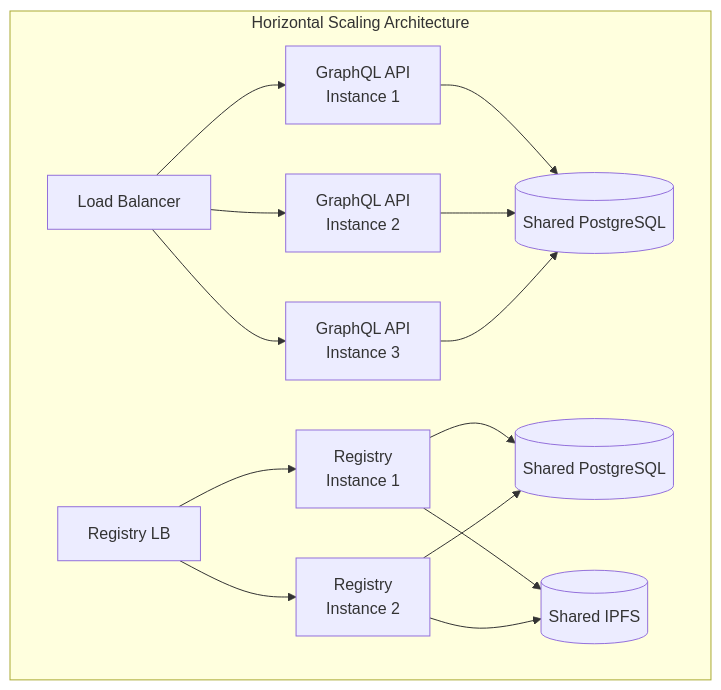
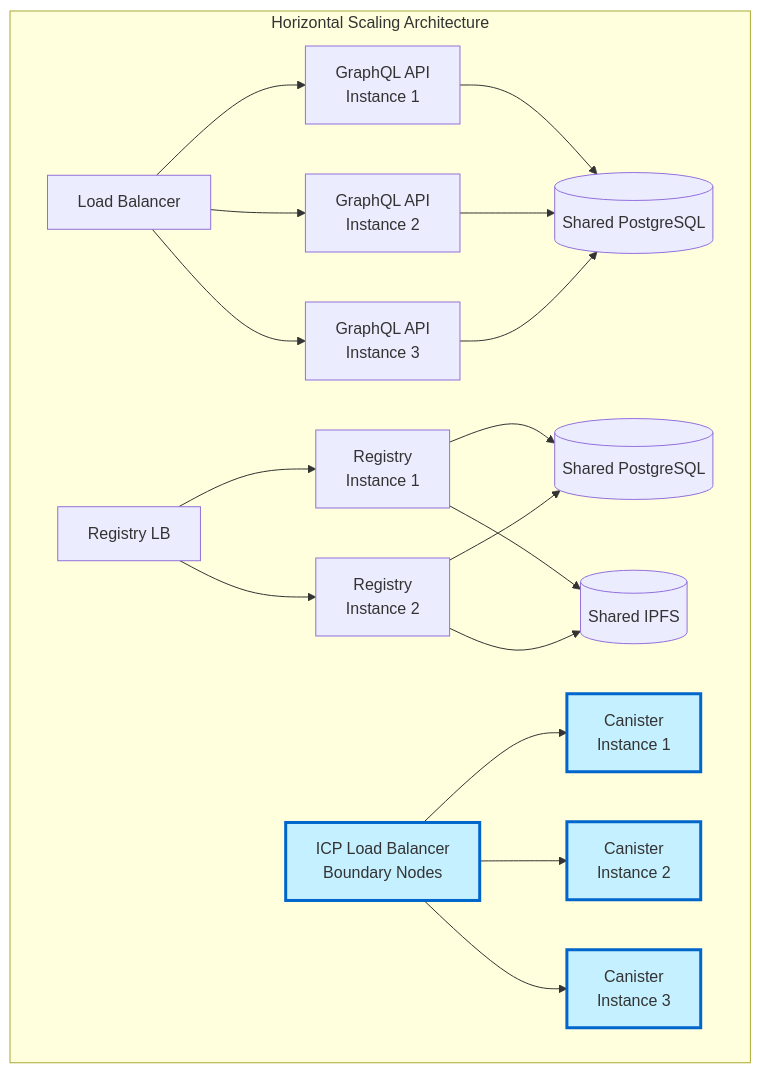
One commit to alternatefutures/.github changed diagram 18 of 18 in TECHNICAL_ARCHITECTURE.md. Above: the diagram before and after it, drawn with Mermaid. The commit also changed other lines of this file, not shown here.

First line of the commit message:
feat: integrate Internet Computer (ICP) into architecture

````diff
--- a/TECHNICAL_ARCHITECTURE.md
+++ b/TECHNICAL_ARCHITECTURE.md
@@ -2073,24 +1847,34 @@
 ```mermaid
 graph TB
     subgraph "Horizontal Scaling Architecture"
         LB[Load Balancer]
         
         LB --> API1[GraphQL API<br/>Instance 1]
         LB --> API2[GraphQL API<br/>Instance 2]
         LB --> API3[GraphQL API<br/>Instance 3]
         
         API1 --> DB[(Shared PostgreSQL)]
         API2 --> DB
         API3 --> DB
         
         RegLB[Registry LB]
         RegLB --> Reg1[Registry<br/>Instance 1]
         RegLB --> Reg2[Registry<br/>Instance 2]
         
         Reg1 --> RegDB[(Shared PostgreSQL)]
         Reg2 --> RegDB
         
         Reg1 --> SharedIPFS[(Shared IPFS)]
         Reg2 --> SharedIPFS
+        
+        ICPLB[ICP Load Balancer<br/>Boundary Nodes]
+        ICPLB --> Canister1[Canister<br/>Instance 1]
+        ICPLB --> Canister2[Canister<br/>Instance 2]
+        ICPLB --> Canister3[Canister<br/>Instance 3]
     end
+    
+    style ICPLB fill:#c5f0ff,stroke:#0066cc,stroke-width:3px
+    style Canister1 fill:#c5f0ff,stroke:#0066cc,stroke-width:3px
+    style Canister2 fill:#c5f0ff,stroke:#0066cc,stroke-width:3px
+    style Canister3 fill:#c5f0ff,stroke:#0066cc,stroke-width:3px
 ```
````
